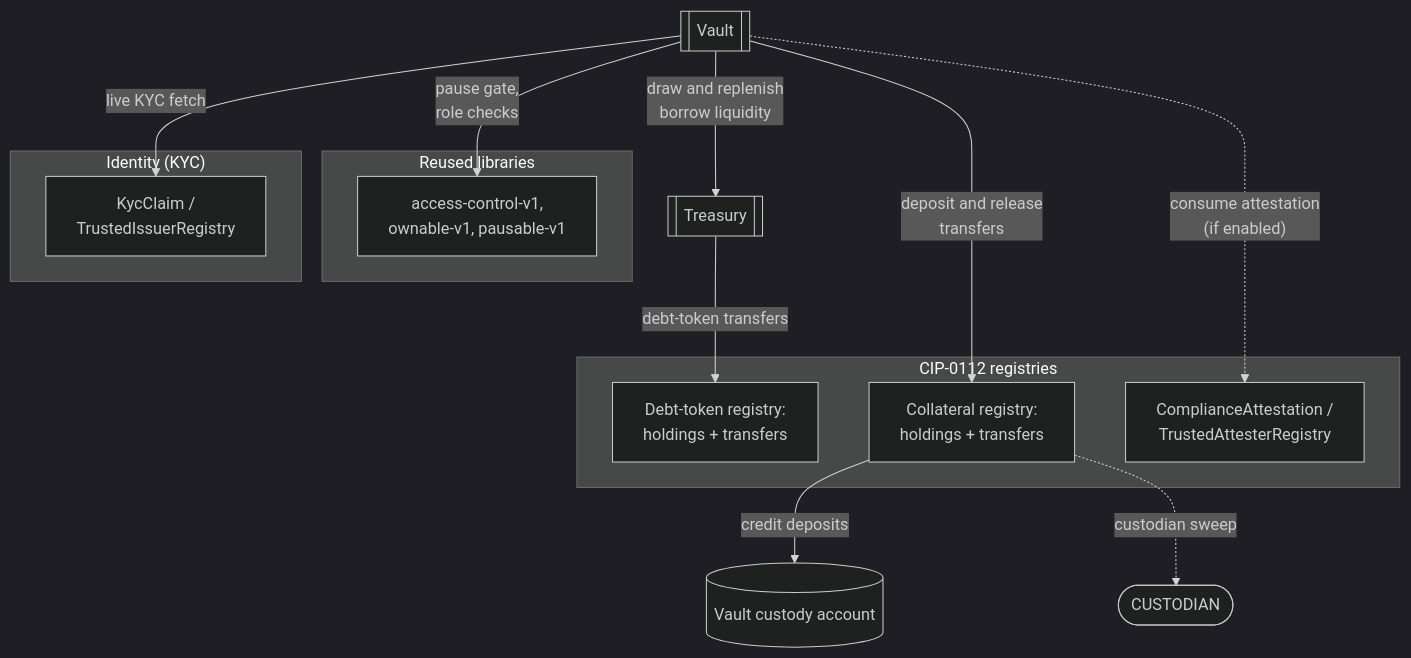
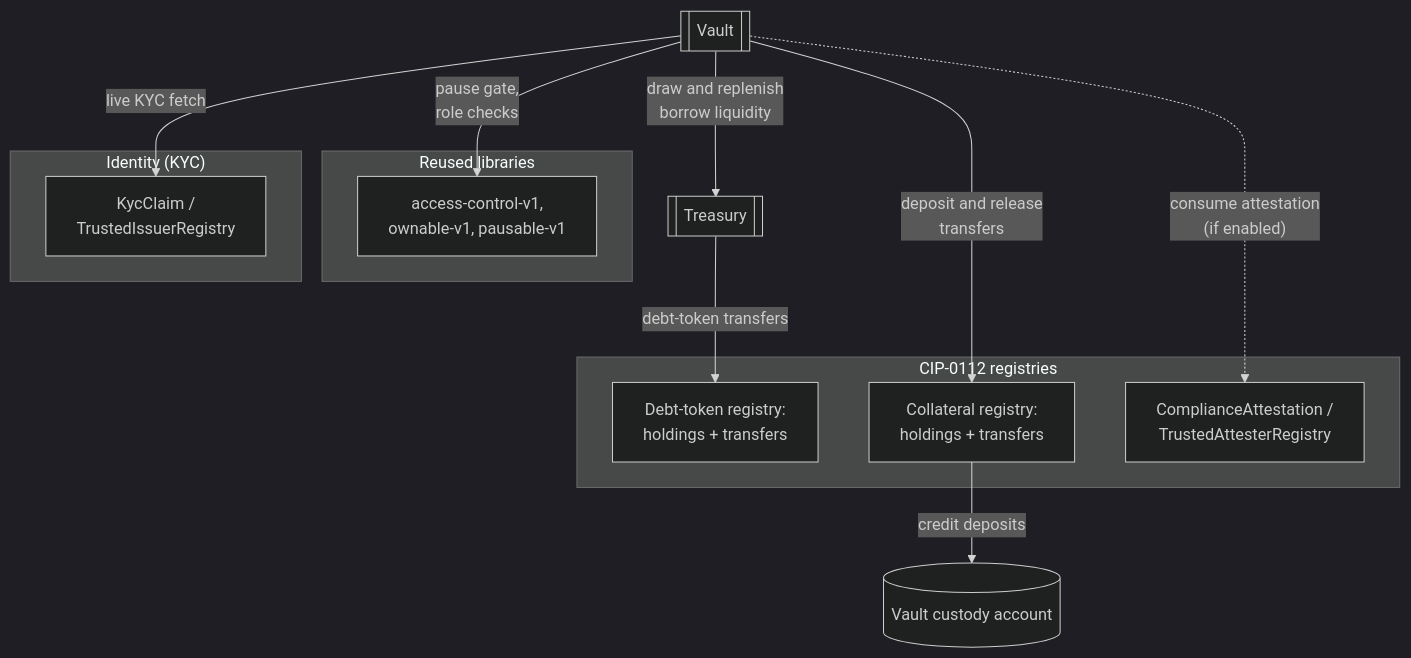
One commit to OpenZeppelin/canton-specs changed the second of 7 diagrams in docs/reference-architectures/lending.md. Above: the diagram before and after it, drawn with Mermaid (dark theme). The commit also changed other lines of this file, not shown here.

Commit message:
Remove lock-and-sweep control since it no longer seemed useful.

````diff
--- a/docs/reference-architectures/lending.md
+++ b/docs/reference-architectures/lending.md
@@ -161,30 +159,28 @@
 ```mermaid
 flowchart TB
     Vault[["Vault"]]
     Treasury[["Treasury"]]
     Custody[("Vault custody account")]
-    Custodian([CUSTODIAN])
 
     subgraph Libraries["Reused libraries"]
         Gov["access-control-v1,<br/>ownable-v1, pausable-v1"]
     end
 
     subgraph Identity["Identity (KYC)"]
         Kyc["KycClaim /<br/>TrustedIssuerRegistry"]
     end
 
     subgraph Rail["CIP-0112 registries"]
         Debt["Debt-token registry:<br/>holdings + transfers"]
         Coll["Collateral registry:<br/>holdings + transfers"]
         Att["ComplianceAttestation /<br/>TrustedAttesterRegistry"]
     end
 
     Vault -->|"pause gate,<br/>role checks"| Gov
     Vault -->|"live KYC fetch"| Kyc
     Vault -->|"draw and replenish<br/>borrow liquidity"| Treasury
     Treasury -->|"debt-token transfers"| Debt
     Vault -.->|"consume attestation<br/>(if enabled)"| Att
     Vault -->|"deposit and release<br/>transfers"| Coll
     Coll -->|"credit deposits"| Custody
-    Coll -.->|"custodian sweep"| Custodian
 ```
````
